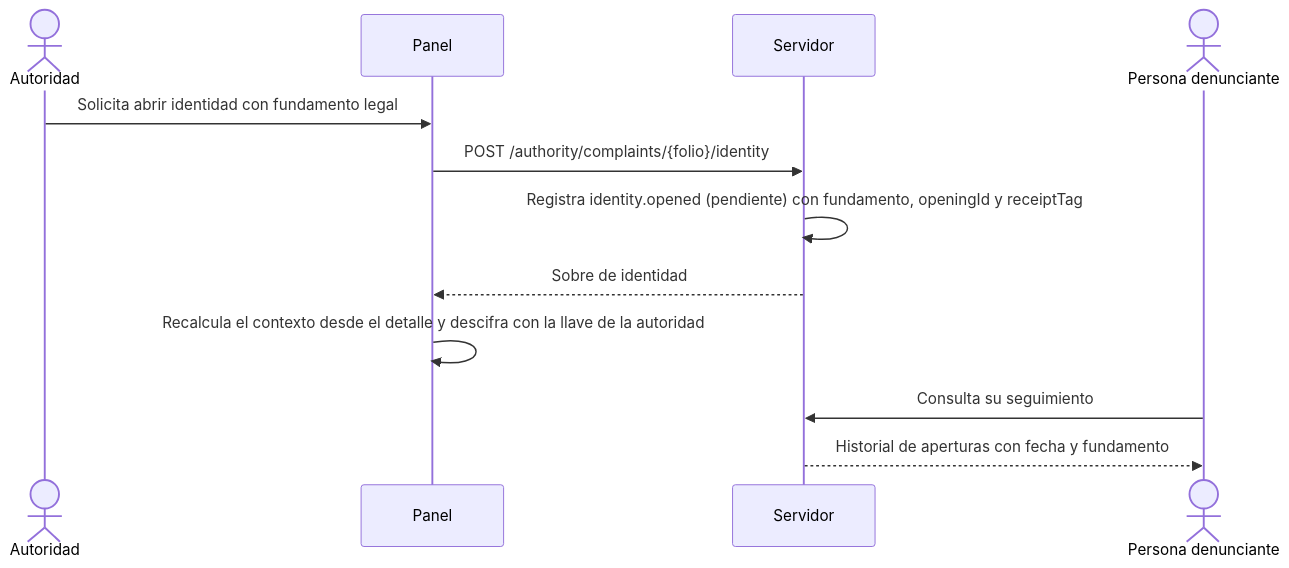
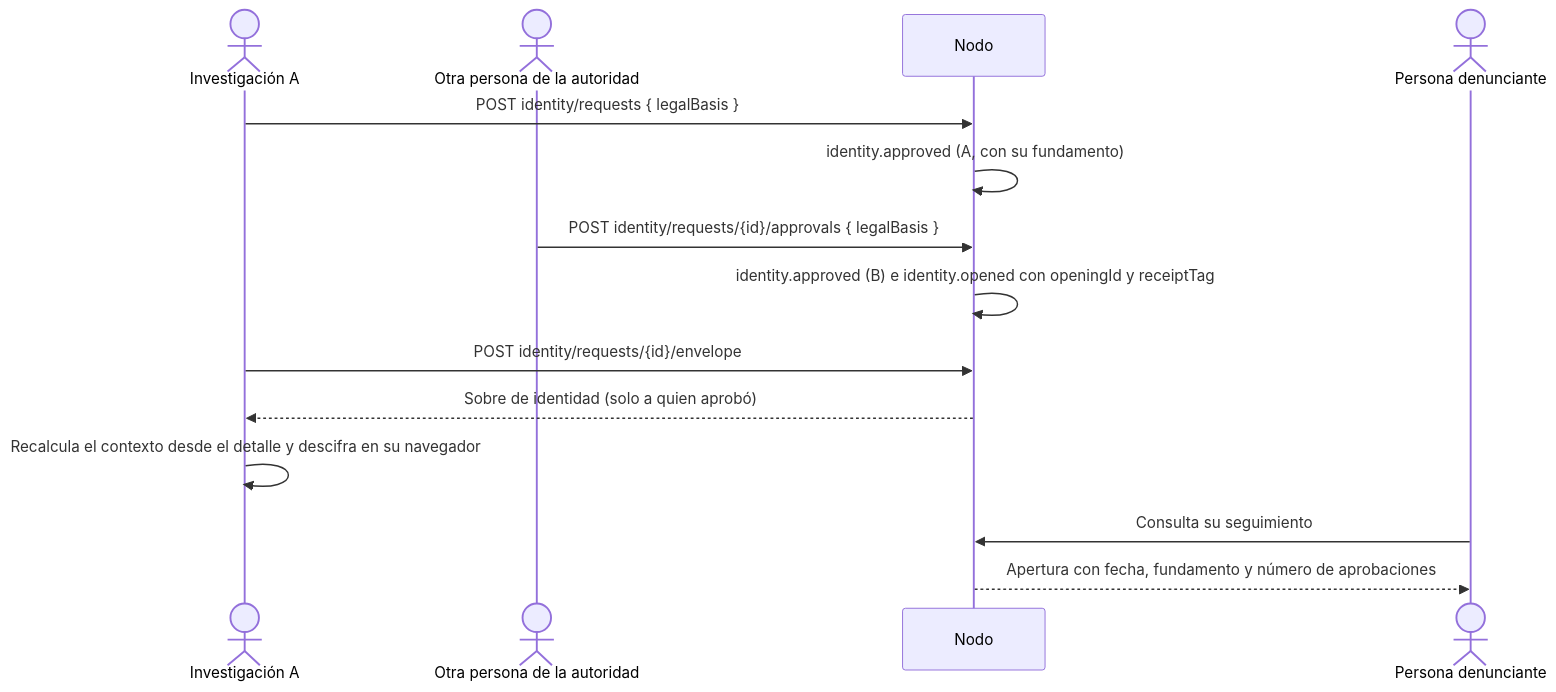
The fifth of 6 diagrams in docs/arquitectura.md (GuilleOp/sigilo-s5), drawn with Mermaid before and after one commit. The commit also changed other lines of this file and 653 other files, not shown here.

````diff
--- a/docs/arquitectura.md
+++ b/docs/arquitectura.md
@@ -143,14 +181,16 @@
 ```mermaid
 sequenceDiagram
-  actor A as Autoridad
-  participant P as Panel
-  participant S as Servidor
+  actor A as Investigación A
+  actor B as Otra persona de la autoridad
+  participant S as Nodo
   actor D as Persona denunciante
-  A->>P: Solicita abrir identidad con fundamento legal
-  P->>S: POST /authority/complaints/{folio}/identity
-  S->>S: Registra identity.opened (pendiente) con fundamento, openingId y receiptTag
-  S-->>P: Sobre de identidad
-  P->>P: Recalcula el contexto desde el detalle y descifra con la llave de la autoridad
+  A->>S: POST identity/requests { legalBasis }
+  S->>S: identity.approved (A, con su fundamento)
+  B->>S: POST identity/requests/{id}/approvals { legalBasis }
+  S->>S: identity.approved (B) e identity.opened con openingId y receiptTag
+  A->>S: POST identity/requests/{id}/envelope
+  S-->>A: Sobre de identidad (solo a quien aprobó)
+  A->>A: Recalcula el contexto desde el detalle y descifra en su navegador
   D->>S: Consulta su seguimiento
-  S-->>D: Historial de aperturas con fecha y fundamento
+  S-->>D: Apertura con fecha, fundamento y número de aprobaciones
 ```
````
